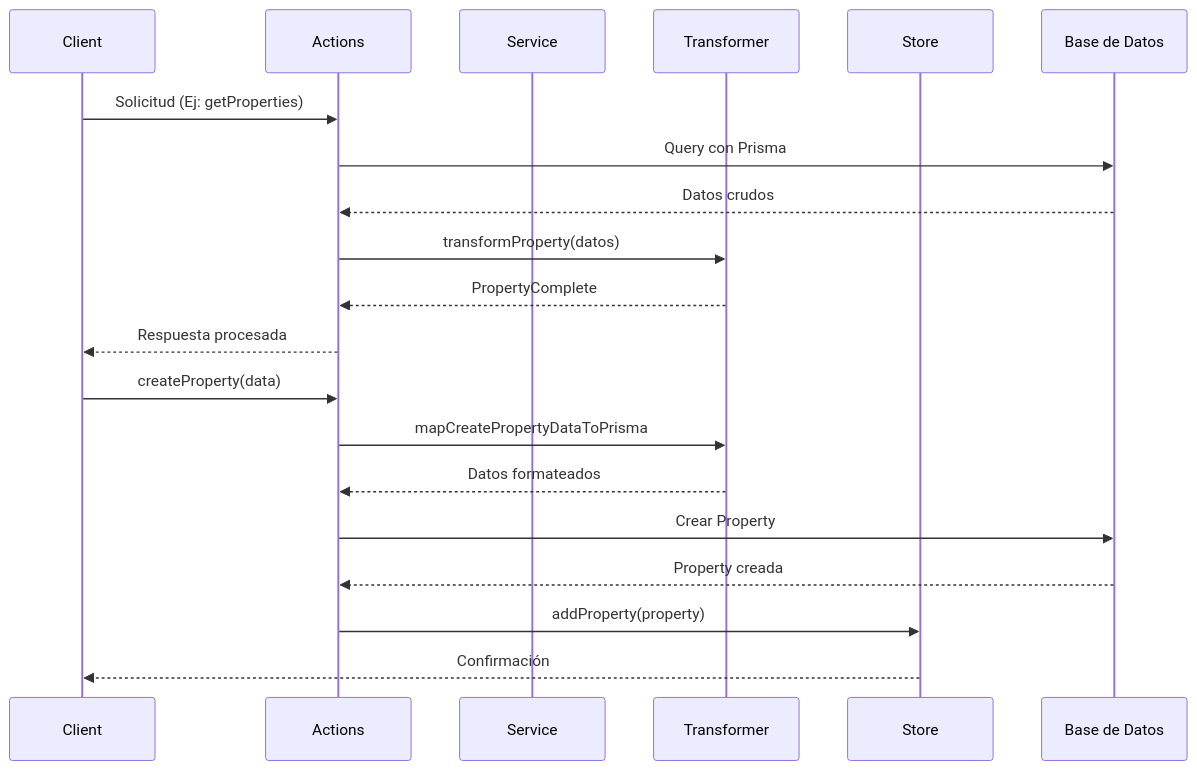
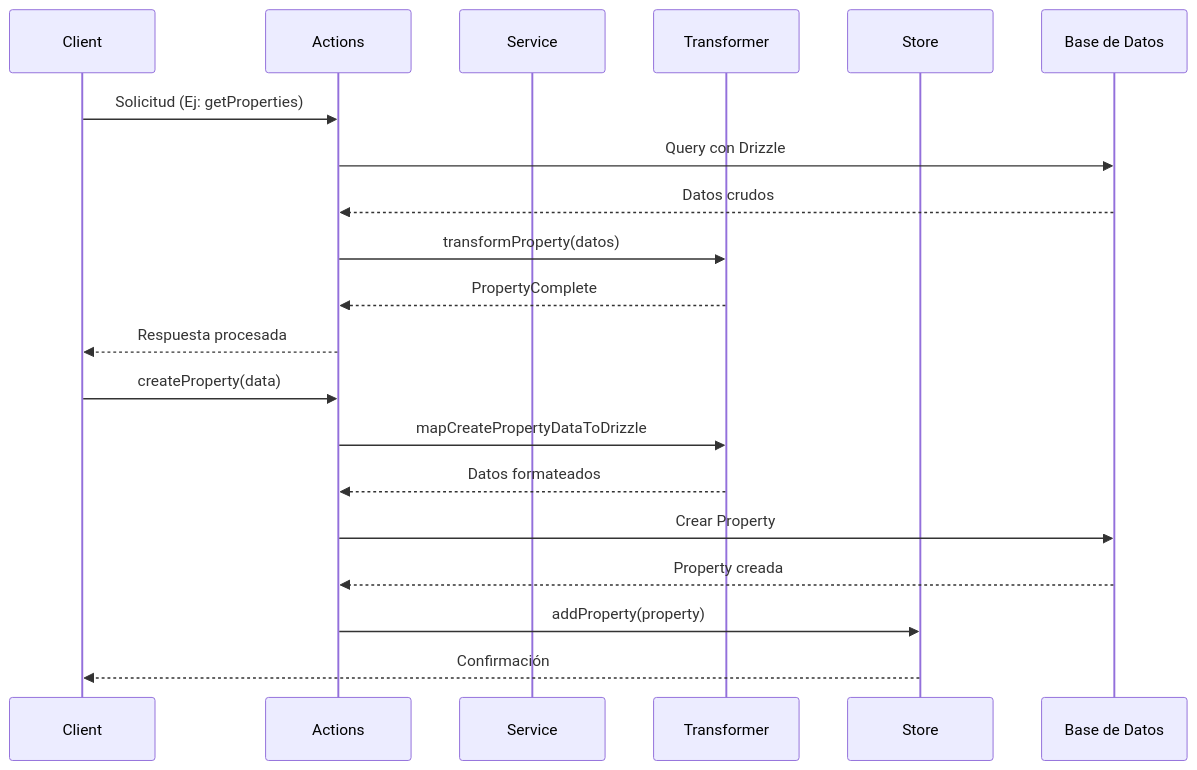
Before and after one commit to gvastethecreator/media-manager: the second of 2 diagrams in src/transformers/property/documentation.md, drawn with Mermaid. The commit also changed other lines of this file and 126 other files, not shown here.

````diff
--- a/src/transformers/property/documentation.md
+++ b/src/transformers/property/documentation.md
@@ -50,24 +50,24 @@
 ```mermaid
 sequenceDiagram
     participant Client
     participant Actions
     participant Service
     participant Transformer
     participant Store
     participant DB as Base de Datos
 
     Client->>Actions: Solicitud (Ej: getProperties)
-    Actions->>DB: Query con Prisma
+    Actions->>DB: Query con Drizzle
     DB-->>Actions: Datos crudos
     Actions->>Transformer: transformProperty(datos)
     Transformer-->>Actions: PropertyComplete
     Actions-->>Client: Respuesta procesada
 
     Client->>Actions: createProperty(data)
-    Actions->>Transformer: mapCreatePropertyDataToPrisma
+    Actions->>Transformer: mapCreatePropertyDataToDrizzle
     Transformer-->>Actions: Datos formateados
     Actions->>DB: Crear Property
     DB-->>Actions: Property creada
     Actions->>Store: addProperty(property)
     Store-->>Client: Confirmación
 ```
````
